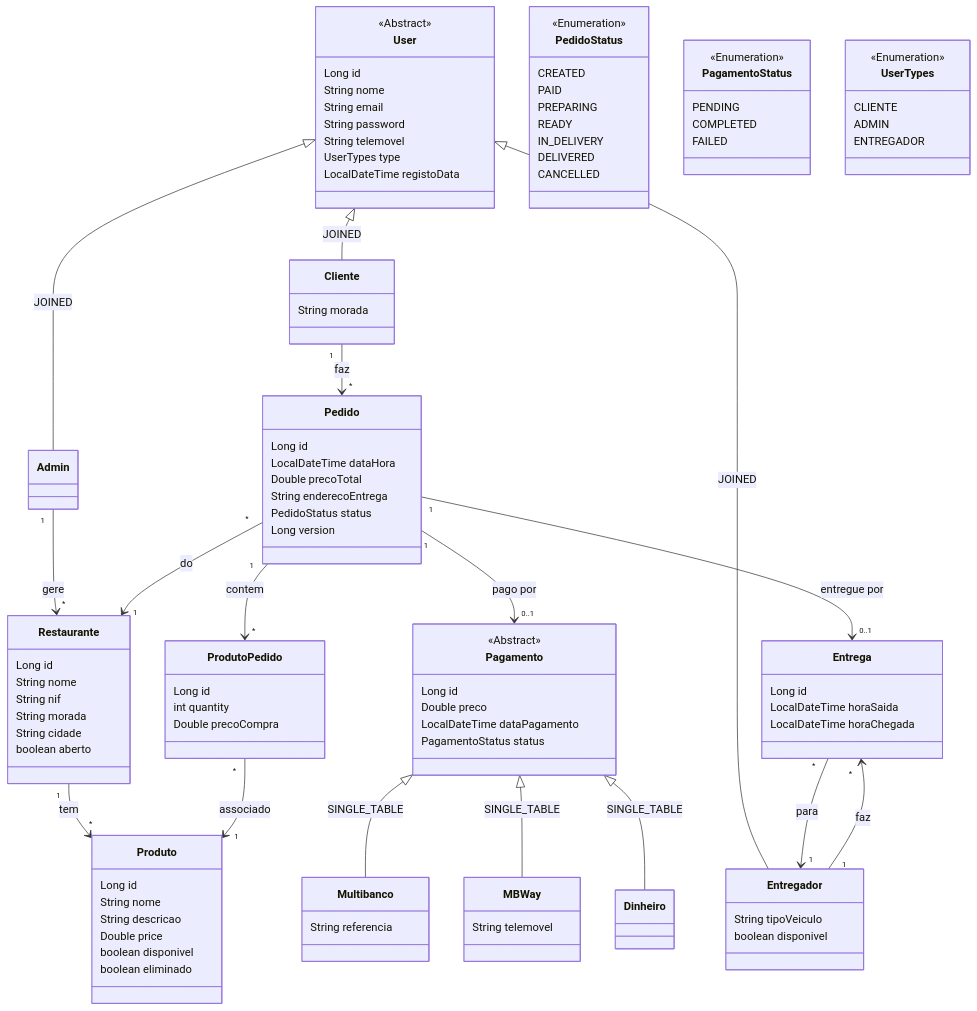
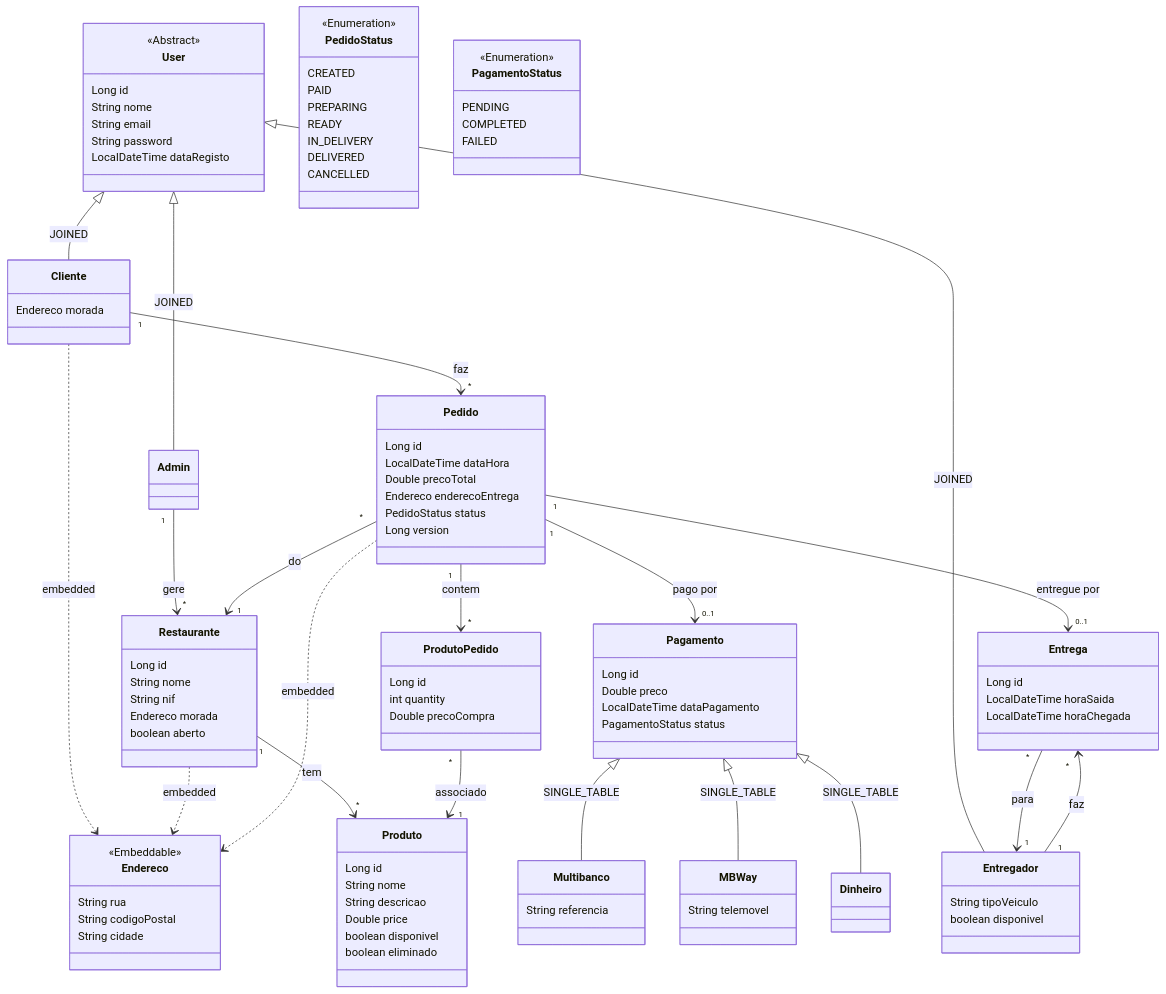
The first of 2 diagrams in docs/domain-model.md (GuiSarreira/CSS_TascaEats), drawn with Mermaid before and after one commit. The commit also changed other lines of this file and 19 other files, not shown here.

```diff
--- a/docs/domain-model.md
+++ b/docs/domain-model.md
@@ -12,13 +12,18 @@
         String nome
         String email
         String password
-        String telemovel
-        UserTypes type
-        LocalDateTime registoData
+        LocalDateTime dataRegisto
+    }
+
+    class Endereco {
+        <<Embeddable>>
+        String rua
+        String codigoPostal
+        String cidade
     }
 
     class Cliente {
-        String morada
+        Endereco morada
     }
 
     class Admin {
@@ -33,8 +38,7 @@
         Long id
         String nome
         String nif
-        String morada
-        String cidade
+        Endereco morada
         boolean aberto
     }
 
@@ -51,7 +55,7 @@
         Long id
         LocalDateTime dataHora
         Double precoTotal
-        String enderecoEntrega
+        Endereco enderecoEntrega
         PedidoStatus status
         Long version
     }
@@ -63,7 +67,6 @@
     }
 
     class Pagamento {
-        <<Abstract>>
         Long id
         Double preco
         LocalDateTime dataPagamento
@@ -105,13 +108,6 @@
         FAILED
     }
 
-    class UserTypes {
-        <<Enumeration>>
-        CLIENTE
-        ADMIN
-        ENTREGADOR
-    }
-
     User <|-- Cliente : JOINED
     User <|-- Admin : JOINED
     User <|-- Entregador : JOINED
@@ -124,6 +120,10 @@
     Admin "1" --> "*" Restaurante : gere
     Entregador "1" --> "*" Entrega : faz
 
+    Cliente ..> Endereco : embedded
+    Restaurante ..> Endereco : embedded
+    Pedido ..> Endereco : embedded
+
     Restaurante "1" --> "*" Produto : tem
     Pedido "*" --> "1" Restaurante : do
     Pedido "1" --> "*" ProdutoPedido : contem
```
